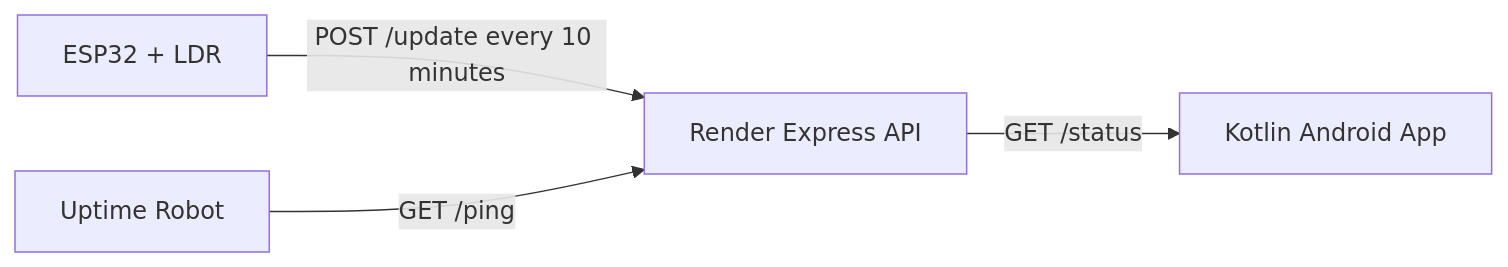
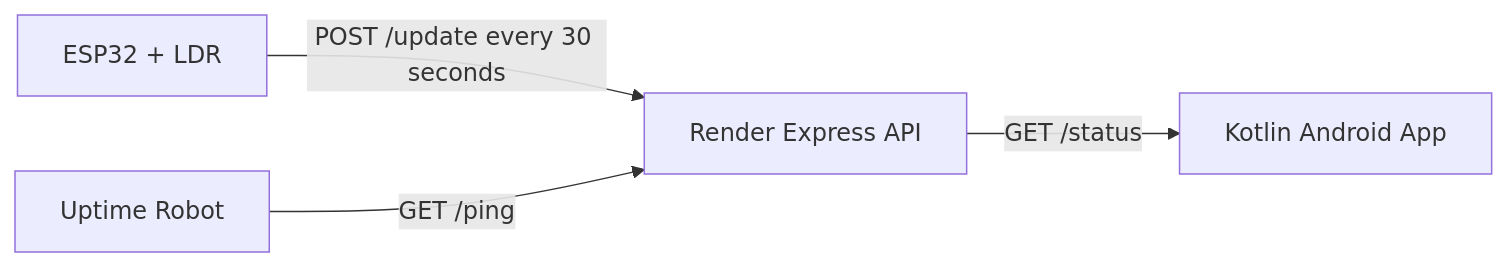
Before and after one commit to Aryan1771/ESP32RoomMonitor: the diagram in README.md, drawn with Mermaid. The commit also changed other lines of this file and 24 other files, not shown here.

````diff
--- a/README.md
+++ b/README.md
@@ -16,6 +16,6 @@
 ```mermaid
 flowchart LR
-    A["ESP32 + LDR"] -->|"POST /update every 10 minutes"| B["Render Express API"]
+    A["ESP32 + LDR"] -->|"POST /update every 30 seconds"| B["Render Express API"]
     B -->|"GET /status"| C["Kotlin Android App"]
     D["Uptime Robot"] -->|"GET /ping"| B
 ```
````
